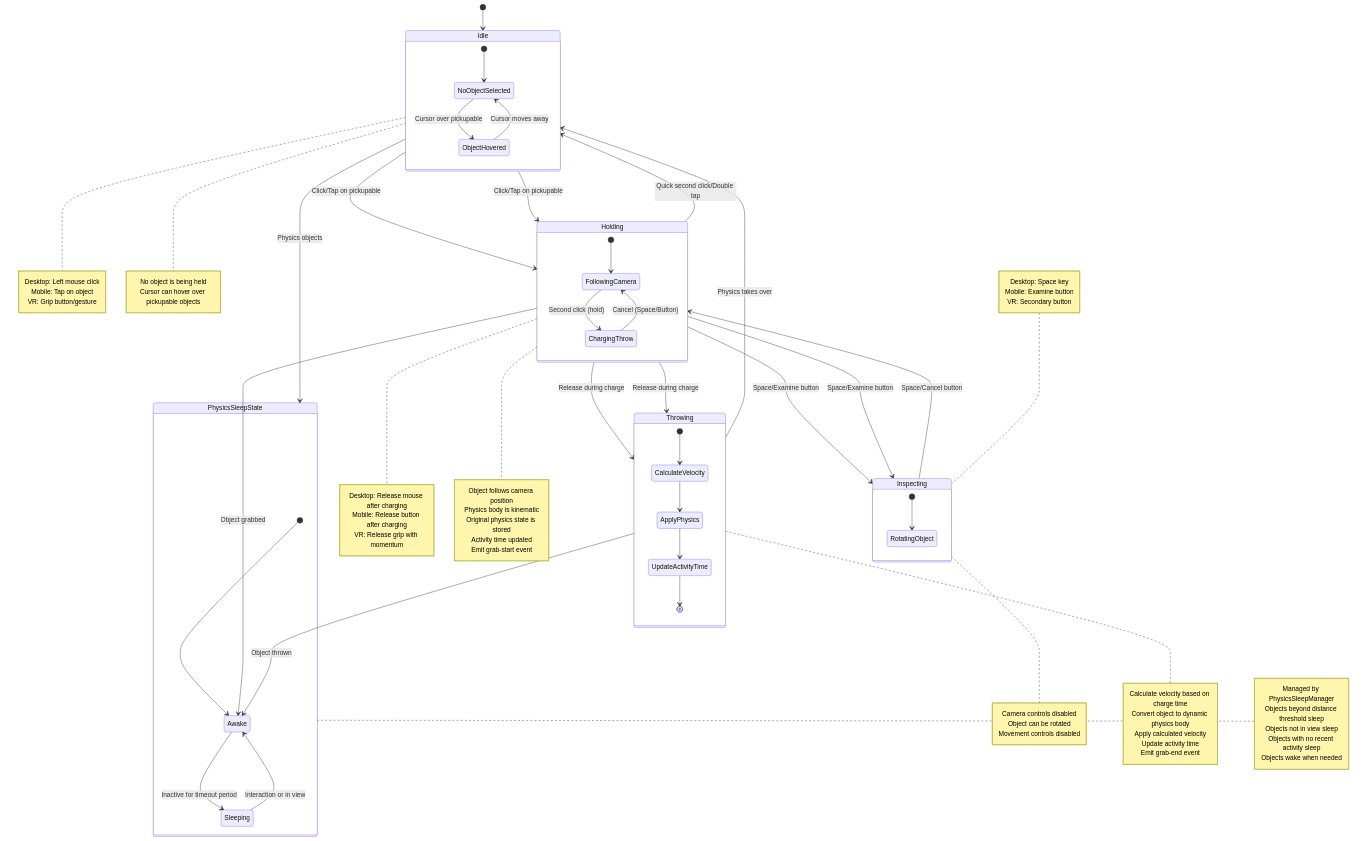
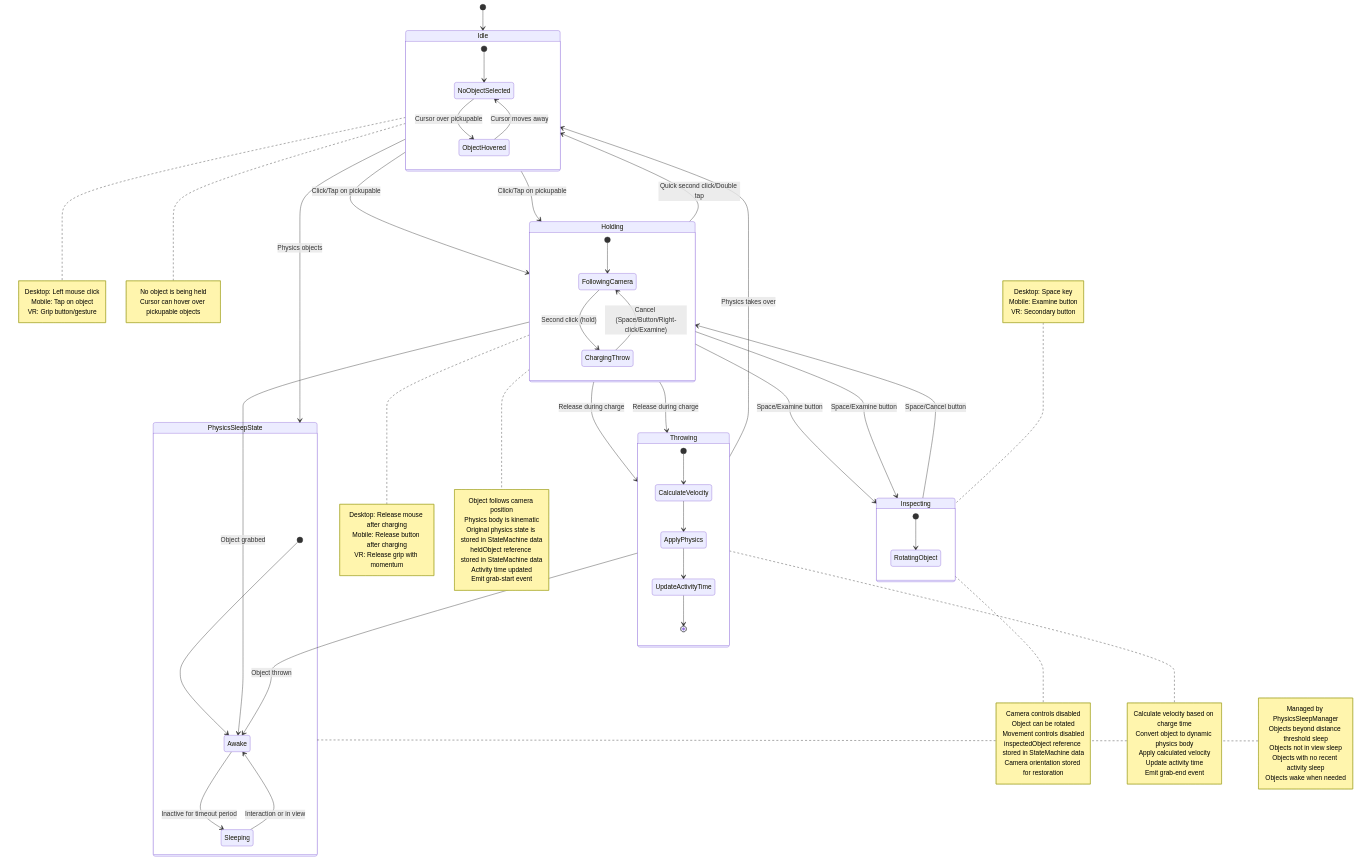
Before and after one commit to Tezeroth/VRMOBDESK-REFACTOR: the diagram in Documentation/UML/ObjectInteractionStateDiagram.md, drawn with Mermaid. The commit also changed 11 other files, not shown here.

Commit message:
rmb or examine button now cancels charge throw

```diff
--- a/Documentation/UML/ObjectInteractionStateDiagram.md
+++ b/Documentation/UML/ObjectInteractionStateDiagram.md
@@ -14,7 +14,7 @@
     state Holding {
         [*] --> FollowingCamera
         FollowingCamera --> ChargingThrow : Second click (hold)
-        ChargingThrow --> FollowingCamera : Cancel (Space/Button)
+        ChargingThrow --> FollowingCamera : Cancel (Space/Button/Right-click/Examine)
     }
 
     state Inspecting {
@@ -80,7 +80,8 @@
     note right of Holding
         Object follows camera position
         Physics body is kinematic
-        Original physics state is stored
+        Original physics state is stored in StateMachine data
+        heldObject reference stored in StateMachine data
         Activity time updated
         Emit grab-start event
     end note
@@ -89,6 +90,8 @@
         Camera controls disabled
         Object can be rotated
         Movement controls disabled
+        inspectedObject reference stored in StateMachine data
+        Camera orientation stored for restoration
     end note
 
     note right of Throwing
```
